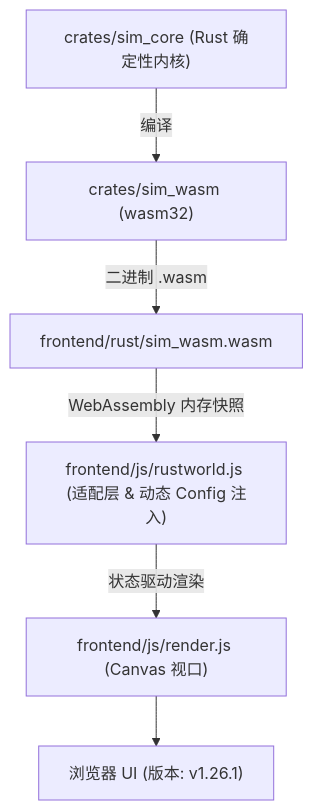
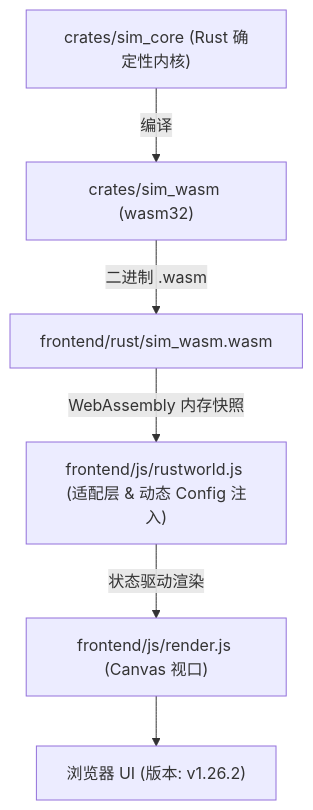
The diagram in AGENTS.md (g39088902/FlowAndAccord), drawn with Mermaid before and after one commit. The commit also changed other lines of this file and 12 other files, not shown here.

````diff
--- a/AGENTS.md
+++ b/AGENTS.md
@@ -51,8 +51,8 @@
 ```mermaid
 graph TD
     A["crates/sim_core (Rust 确定性内核)"] -->|编译| B["crates/sim_wasm (wasm32)"]
     B -->|二进制 .wasm| C["frontend/rust/sim_wasm.wasm"]
     C -->|WebAssembly 内存快照| D["frontend/js/rustworld.js (适配层 & 动态 Config 注入)"]
     D -->|状态驱动渲染| E["frontend/js/render.js (Canvas 视口)"]
-    E --> F["浏览器 UI (版本: v1.26.1)"]
+    E --> F["浏览器 UI (版本: v1.26.2)"]
 ```
````
